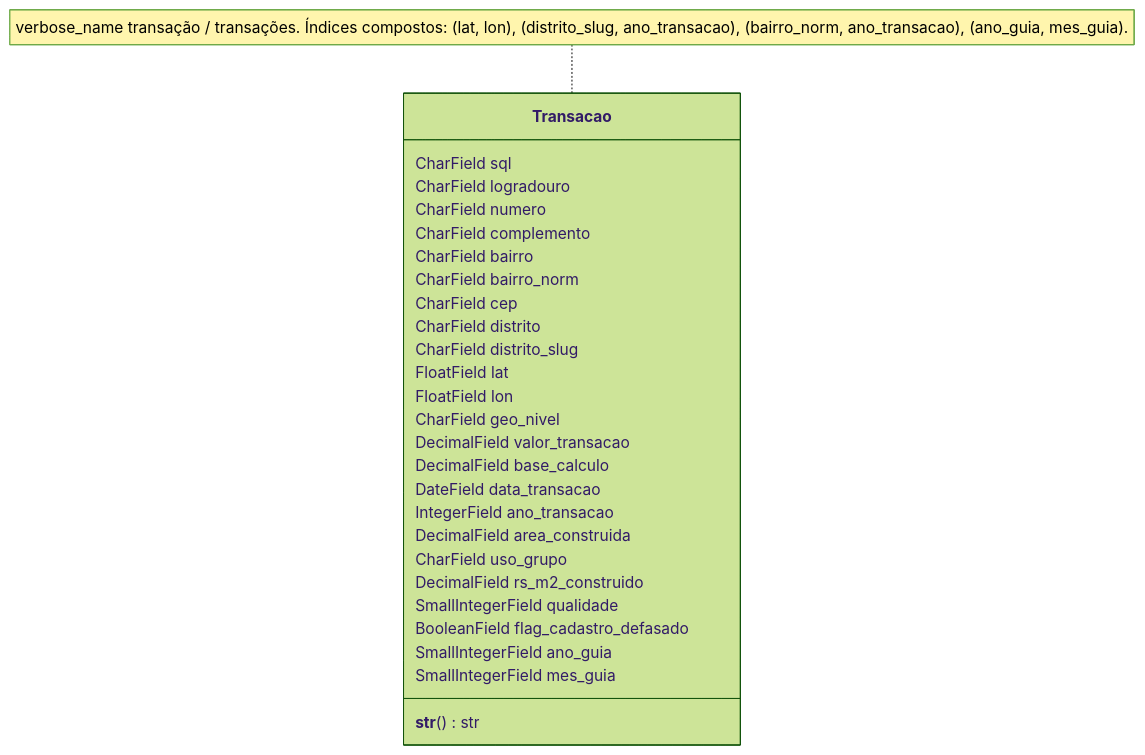
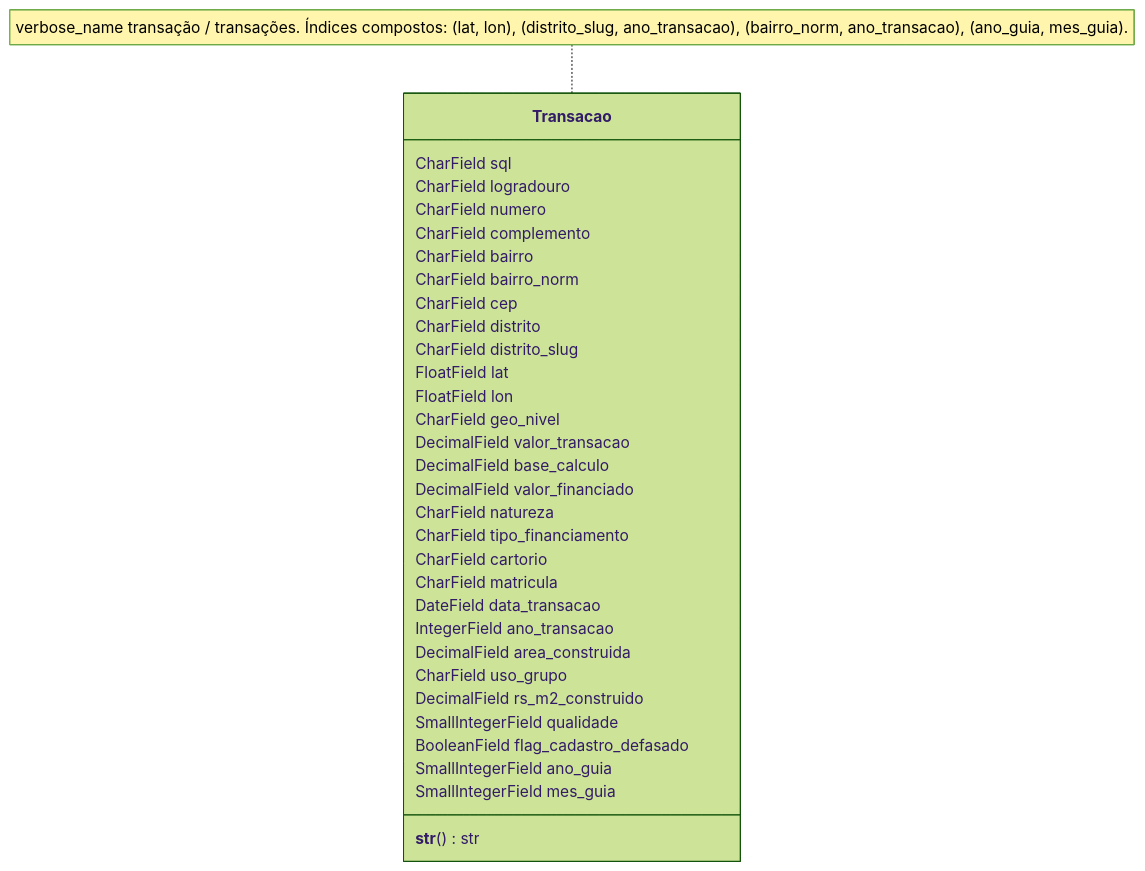
Before and after one commit to patrick-univesp/projeto-integrador-2-radarmoradiasp: the sixth of 6 diagrams in docs/modelo-transacao.md, drawn with Mermaid (forest theme). The commit also changed other lines of this file and 14 other files, not shown here.

````diff
--- a/docs/modelo-transacao.md
+++ b/docs/modelo-transacao.md
@@ -234,30 +248,35 @@
 ```mermaid
 classDiagram
     class Transacao {
         CharField sql
         CharField logradouro
         CharField numero
         CharField complemento
         CharField bairro
         CharField bairro_norm
         CharField cep
         CharField distrito
         CharField distrito_slug
         FloatField lat
         FloatField lon
         CharField geo_nivel
         DecimalField valor_transacao
         DecimalField base_calculo
+        DecimalField valor_financiado
+        CharField natureza
+        CharField tipo_financiamento
+        CharField cartorio
+        CharField matricula
         DateField data_transacao
         IntegerField ano_transacao
         DecimalField area_construida
         CharField uso_grupo
         DecimalField rs_m2_construido
         SmallIntegerField qualidade
         BooleanField flag_cadastro_defasado
         SmallIntegerField ano_guia
         SmallIntegerField mes_guia
         __str__() str
     }
     note for Transacao "verbose_name transação / transações. Índices compostos: (lat, lon), (distrito_slug, ano_transacao), (bairro_norm, ano_transacao), (ano_guia, mes_guia)."
 ```
````
